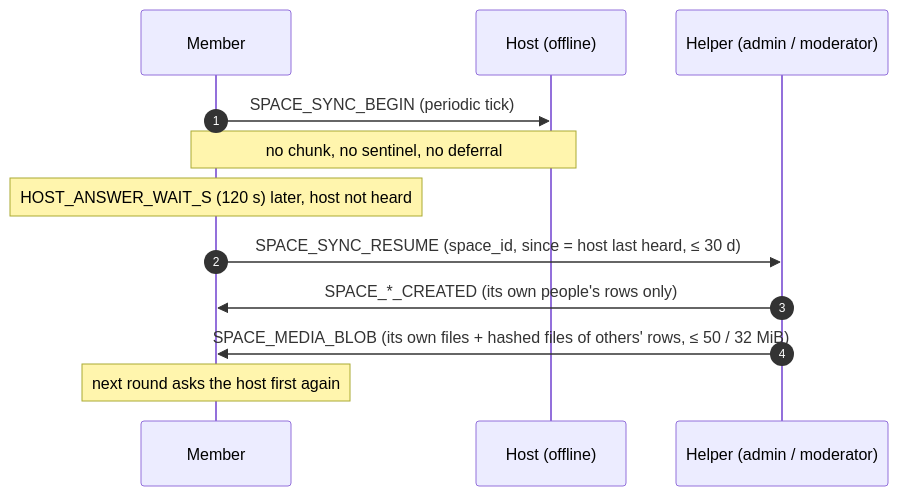
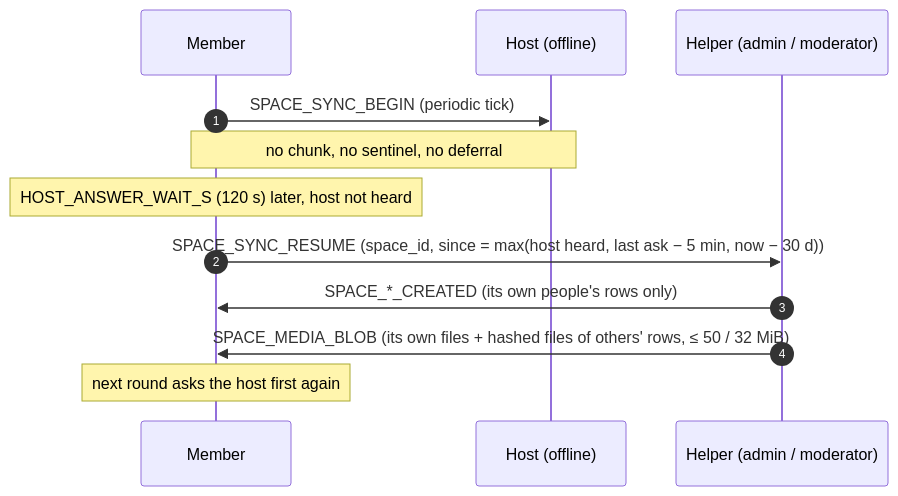
One commit to social-home-io/socialhome changed the fourth of 4 diagrams in docs/protocol/sync.md. Above: the diagram before and after it, drawn with Mermaid. The commit also changed other lines of this file and 11 other files, not shown here.

````diff
--- a/docs/protocol/sync.md
+++ b/docs/protocol/sync.md
@@ -208,14 +213,14 @@
 ```mermaid
 sequenceDiagram
     autonumber
     participant M as Member
     participant H as Host (offline)
     participant A as Helper (admin / moderator)
     M->>H: SPACE_SYNC_BEGIN (periodic tick)
     Note over M,H: no chunk, no sentinel, no deferral
     Note over M: HOST_ANSWER_WAIT_S (120 s) later, host not heard
-    M->>A: SPACE_SYNC_RESUME (space_id, since = host last heard, ≤ 30 d)
+    M->>A: SPACE_SYNC_RESUME (space_id, since = max(host heard, last ask − 5 min, now − 30 d))
     A->>M: SPACE_*_CREATED (its own people's rows only)
     A->>M: SPACE_MEDIA_BLOB (its own files + hashed files of others' rows, ≤ 50 / 32 MiB)
     Note over M: next round asks the host first again
 ```
````
